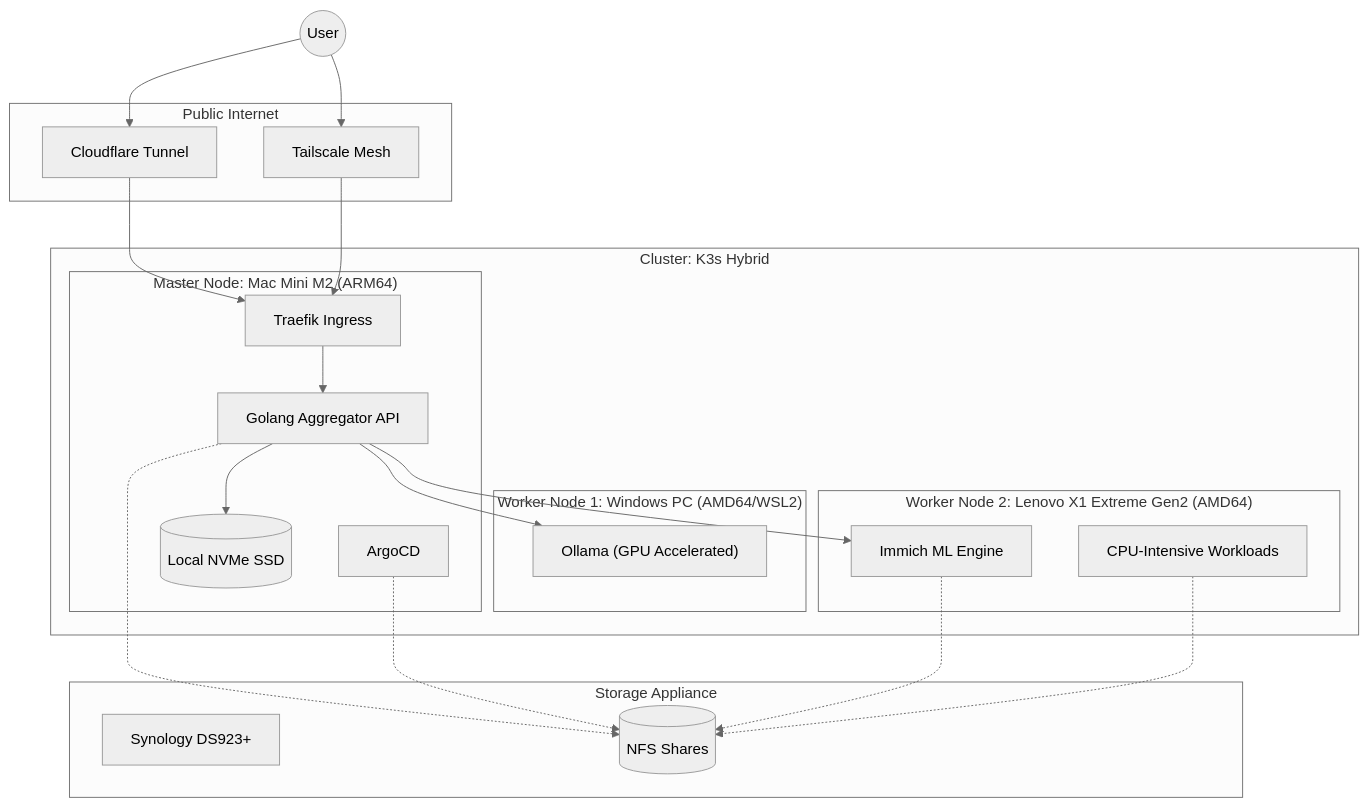
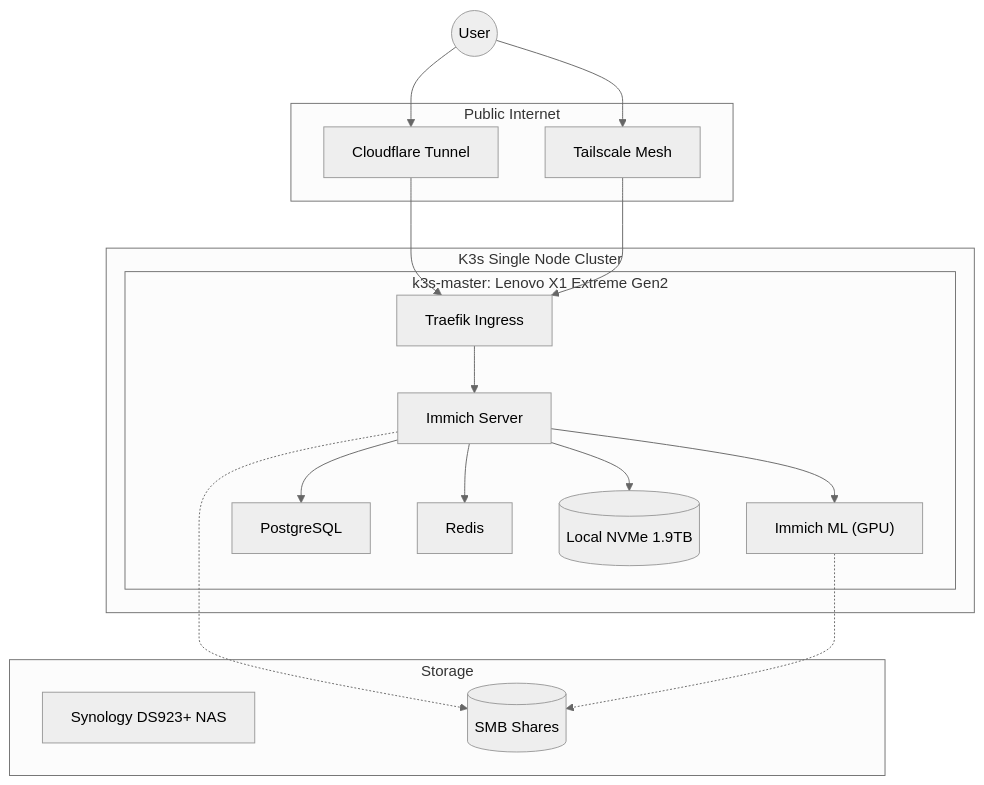
One commit to kanokgan/home-brain changed the first of 3 diagrams in README.md. Above: the diagram before and after it, drawn with Mermaid (neutral theme). The commit also changed other lines of this file and 20 other files, not shown here.

````diff
--- a/README.md
+++ b/README.md
@@ -22,38 +20,29 @@
 ```mermaid
 flowchart TB
  subgraph subGraph0["Public Internet"]
         CF["Cloudflare Tunnel"]
         TS["Tailscale Mesh"]
   end
- subgraph subGraph1["Master Node: Mac Mini M2 (ARM64)"]
-        Ingress["Traefik Ingress"]
-        GoApp["Golang Aggregator API"]
-        Argocd["ArgoCD"]
-        LocalSSD[("Local NVMe SSD")]
+ subgraph subGraph1["K3s Single Node Cluster"]
+        subgraph subGraph2["k3s-master: Lenovo X1 Extreme Gen2"]
+            Ingress["Traefik Ingress"]
+            Immich["Immich Server"]
+            ImmichML["Immich ML (GPU)"]
+            Postgres["PostgreSQL"]
+            Redis["Redis"]
+            LocalNVMe[("Local NVMe 1.9TB")]
+        end
   end
- subgraph subGraph2["Worker Node 1: Windows PC (AMD64/WSL2)"]
-        Ollama["Ollama (GPU Accelerated)"]
-  end
- subgraph subGraph3["Worker Node 2: Lenovo X1 Extreme Gen2 (AMD64)"]
-        ImmichML["Immich ML Engine"]
-        Workloads["CPU-Intensive Workloads"]
-  end
- subgraph subGraph4["Cluster: K3s Hybrid"]
-        subGraph1
-        subGraph2
-        subGraph3
-  end
- subgraph subGraph5["Storage Appliance"]
-        Synology["Synology DS923+"]
-        NFS[("NFS Shares")]
+ subgraph subGraph3["Storage"]
+        NAS["Synology DS923+ NAS"]
+        SMB[("SMB Shares")]
   end
     User(("User")) --> CF & TS
     CF --> Ingress
     TS --> Ingress
-    Ingress --> GoApp
-    GoApp --> Ollama & ImmichML & LocalSSD
-    GoApp -.-> NFS
-    Argocd -.-> NFS
-    ImmichML -.-> NFS
-    Workloads -.-> NFS
+    Ingress --> Immich
+    Immich --> ImmichML & Postgres & Redis
+    Immich --> LocalNVMe
+    Immich -.-> SMB
+    ImmichML -.-> SMB
 ```
````
